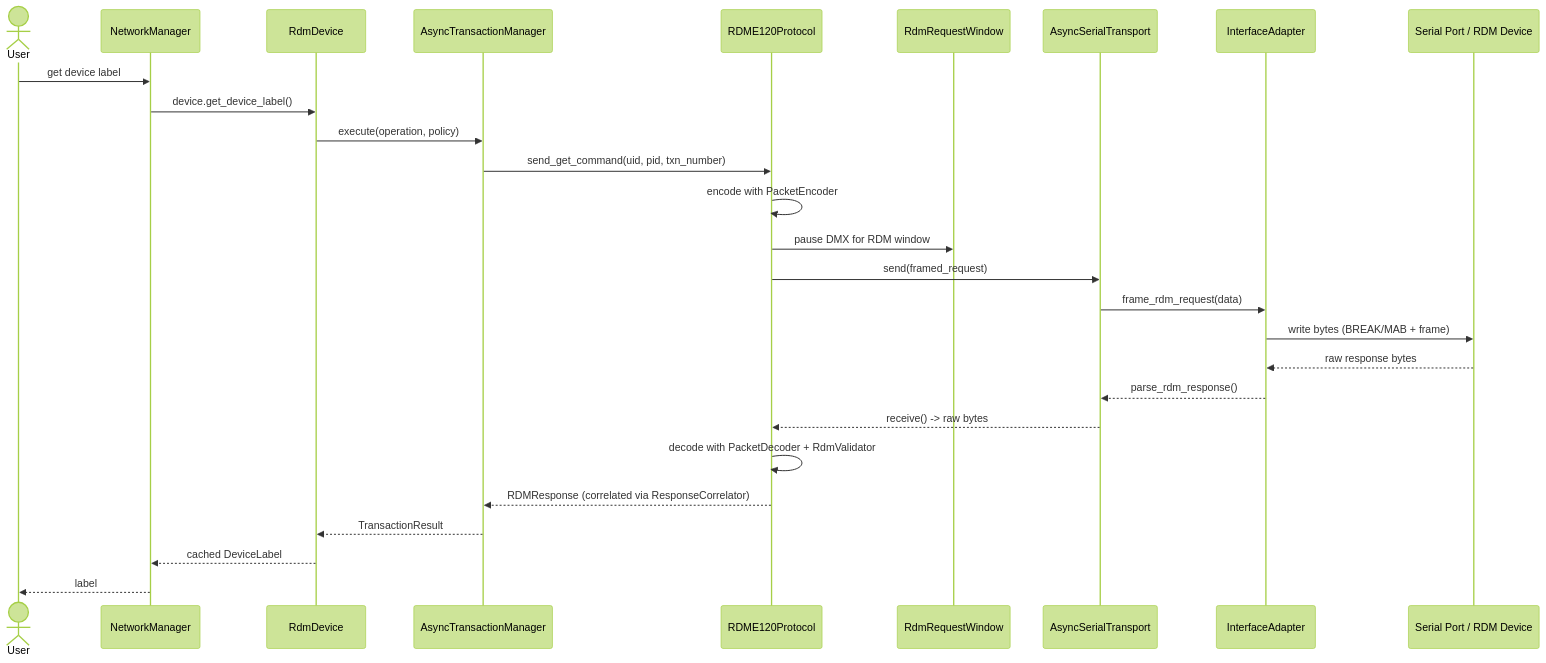
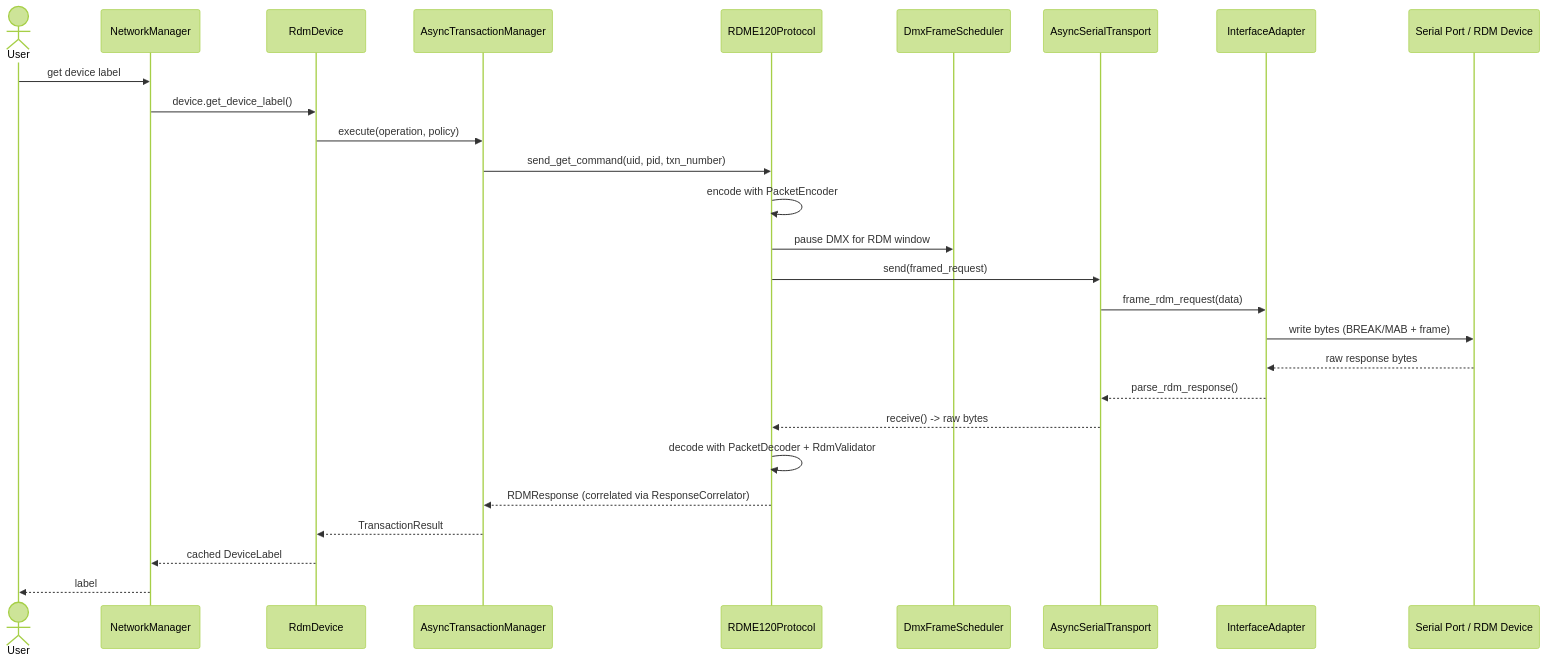
Before and after one commit to arvinlobo/rdm-dmx-async: the second of 2 diagrams in docs/ARCHITECTURE.md, drawn with Mermaid (forest theme). The commit also changed other lines of this file and 35 other files, not shown here.

````diff
--- a/docs/ARCHITECTURE.md
+++ b/docs/ARCHITECTURE.md
@@ -237,30 +235,30 @@
 ```mermaid
 sequenceDiagram
     actor User
     participant App as NetworkManager
     participant Svc as RdmDevice
     participant Txn as AsyncTransactionManager
     participant Proto as RDME120Protocol
-    participant Sched as RdmRequestWindow
+    participant Sched as DmxFrameScheduler
     participant Trans as AsyncSerialTransport
     participant Adapter as InterfaceAdapter
     participant HW as Serial Port / RDM Device
 
     User->>App: get device label
     App->>Svc: device.get_device_label()
     Svc->>Txn: execute(operation, policy)
     Txn->>Proto: send_get_command(uid, pid, txn_number)
     Proto->>Proto: encode with PacketEncoder
     Proto->>Sched: pause DMX for RDM window
     Proto->>Trans: send(framed_request)
     Trans->>Adapter: frame_rdm_request(data)
     Adapter->>HW: write bytes (BREAK/MAB + frame)
     HW-->>Adapter: raw response bytes
     Adapter-->>Trans: parse_rdm_response()
     Trans-->>Proto: receive() -> raw bytes
     Proto->>Proto: decode with PacketDecoder + RdmValidator
     Proto-->>Txn: RDMResponse (correlated via ResponseCorrelator)
     Txn-->>Svc: TransactionResult
     Svc-->>App: cached DeviceLabel
     App-->>User: label
 ```
````
